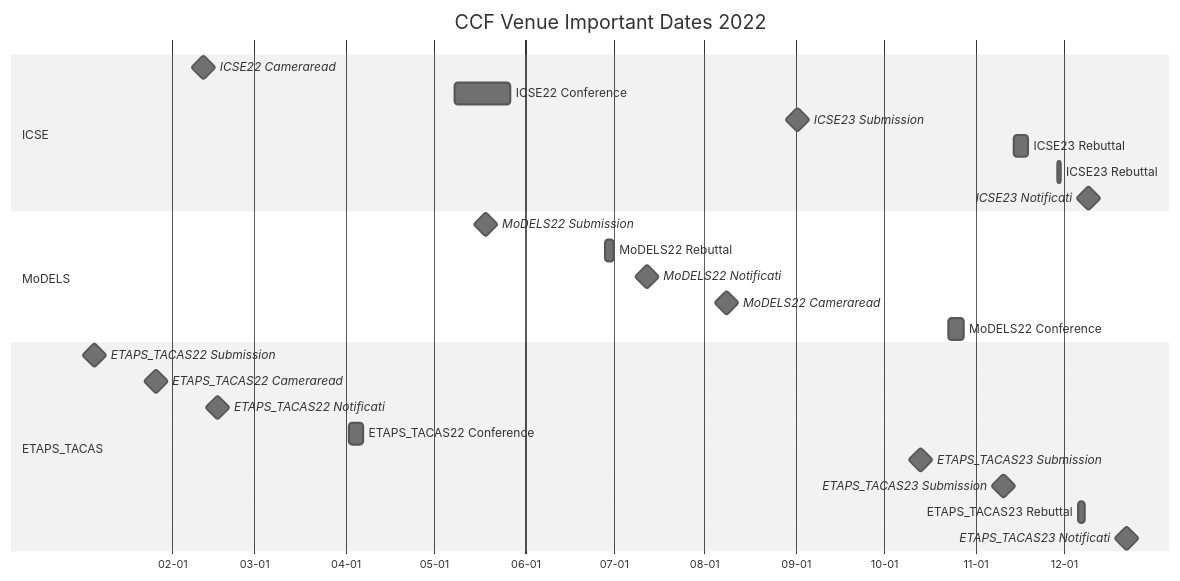
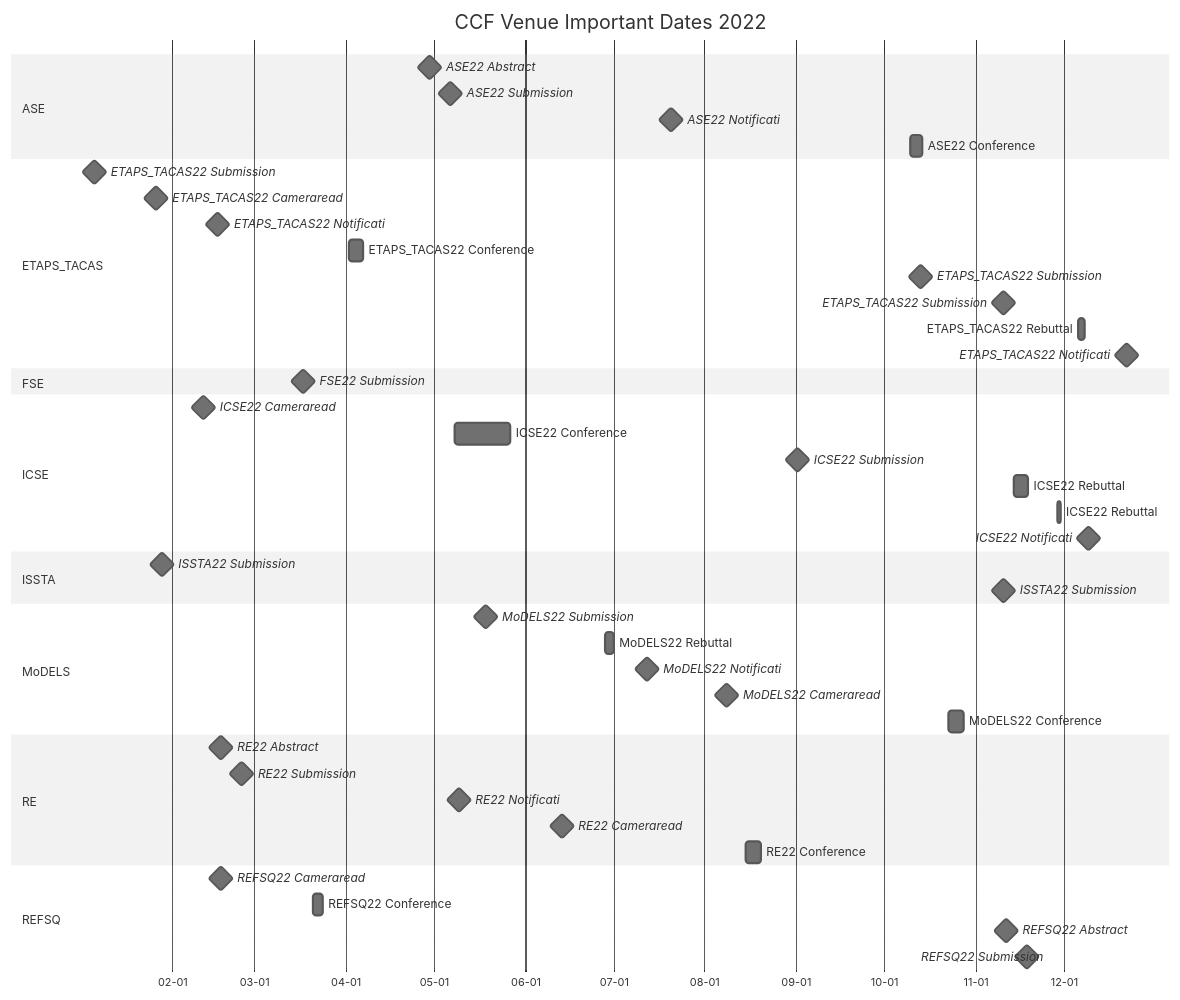
The seventh of 9 diagrams in ccf_venues/TIMELINE.md (HansBug/research_ideas), drawn with Mermaid (neutral theme) before and after one commit. The commit also changed other lines of this file and 42 other files, not shown here.

````diff
--- a/ccf_venues/TIMELINE.md
+++ b/ccf_venues/TIMELINE.md
@@ -480,32 +692,58 @@
 ```mermaid
 gantt
   title CCF Venue Important Dates 2022
   dateFormat YYYY-MM-DD
   axisFormat %m-%d
 
+  section ASE
+  ASE22 Abstract :milestone, ase_2022_1_20220429, 2022-04-29, 1d
+  ASE22 Submission :milestone, ase_2022_2_20220506, 2022-05-06, 1d
+  ASE22 Notificati :milestone, ase_2022_3_20220720, 2022-07-20, 1d
+  ASE22 Conference :ase_2022_4_20221010, 2022-10-10, 2022-10-14
+
+  section ETAPS_TACAS
+  ETAPS_TACAS22 Submission :milestone, etaps_tacas_2022_1_20220105, 2022-01-05, 1d
+  ETAPS_TACAS22 Cameraread :milestone, etaps_tacas_2022_2_20220126, 2022-01-26, 1d
+  ETAPS_TACAS22 Notificati :milestone, etaps_tacas_2022_3_20220216, 2022-02-16, 1d
+  ETAPS_TACAS22 Conference :etaps_tacas_2022_4_20220402, 2022-04-02, 2022-04-07
+  ETAPS_TACAS22 Submission :milestone, etaps_tacas_2022_5_20221013, 2022-10-13, 1d
+  ETAPS_TACAS22 Submission :milestone, etaps_tacas_2022_6_20221110, 2022-11-10, 1d
+  ETAPS_TACAS22 Rebuttal :etaps_tacas_2022_7_20221206, 2022-12-06, 2022-12-08
+  ETAPS_TACAS22 Notificati :milestone, etaps_tacas_2022_8_20221222, 2022-12-22, 1d
+
+  section FSE
+  FSE22 Submission :milestone, fse_2022_1_20220317, 2022-03-17, 1d
+
   section ICSE
-  ICSE22 Cameraread :milestone, icse2022_1_20220211, 2022-02-11, 1d
-  ICSE22 Conference :icse2022_2_20220508, 2022-05-08, 2022-05-27
-  ICSE23 Submission :milestone, icse2023_3_20220901, 2022-09-01, 1d
-  ICSE23 Rebuttal :icse2023_4_20221114, 2022-11-14, 2022-11-19
-  ICSE23 Rebuttal :icse2023_5_20221129, 2022-11-29, 2022-11-30
-  ICSE23 Notificati :milestone, icse2023_6_20221209, 2022-12-09, 1d
+  ICSE22 Cameraread :milestone, icse_2022_1_20220211, 2022-02-11, 1d
+  ICSE22 Conference :icse_2022_2_20220508, 2022-05-08, 2022-05-27
+  ICSE22 Submission :milestone, icse_2022_3_20220901, 2022-09-01, 1d
+  ICSE22 Rebuttal :icse_2022_4_20221114, 2022-11-14, 2022-11-19
+  ICSE22 Rebuttal :icse_2022_5_20221129, 2022-11-29, 2022-11-30
+  ICSE22 Notificati :milestone, icse_2022_6_20221209, 2022-12-09, 1d
+
+  section ISSTA
+  ISSTA22 Submission :milestone, issta_2022_1_20220128, 2022-01-28, 1d
+  ISSTA22 Submission :milestone, issta_2022_2_20221110, 2022-11-10, 1d
 
   section MoDELS
-  MoDELS22 Submission :milestone, models2022_1_20220518, 2022-05-18, 1d
-  MoDELS22 Rebuttal :models2022_2_20220628, 2022-06-28, 2022-07-01
-  MoDELS22 Notificati :milestone, models2022_3_20220712, 2022-07-12, 1d
-  MoDELS22 Cameraread :milestone, models2022_4_20220808, 2022-08-08, 1d
-  MoDELS22 Conference :models2022_5_20221023, 2022-10-23, 2022-10-28
+  MoDELS22 Submission :milestone, models_2022_1_20220518, 2022-05-18, 1d
+  MoDELS22 Rebuttal :models_2022_2_20220628, 2022-06-28, 2022-07-01
+  MoDELS22 Notificati :milestone, models_2022_3_20220712, 2022-07-12, 1d
+  MoDELS22 Cameraread :milestone, models_2022_4_20220808, 2022-08-08, 1d
+  MoDELS22 Conference :models_2022_5_20221023, 2022-10-23, 2022-10-28
 
-  section ETAPS_TACAS
-  ETAPS_TACAS22 Submission :milestone, etaps2022_1_20220105, 2022-01-05, 1d
-  ETAPS_TACAS22 Cameraread :milestone, etaps2022_2_20220126, 2022-01-26, 1d
-  ETAPS_TACAS22 Notificati :milestone, etaps2022_3_20220216, 2022-02-16, 1d
-  ETAPS_TACAS22 Conference :etaps2022_4_20220402, 2022-04-02, 2022-04-07
-  ETAPS_TACAS23 Submission :milestone, etaps2023_5_20221013, 2022-10-13, 1d
-  ETAPS_TACAS23 Submission :milestone, etaps2023_6_20221110, 2022-11-10, 1d
-  ETAPS_TACAS23 Rebuttal :etaps2023_7_20221206, 2022-12-06, 2022-12-08
-  ETAPS_TACAS23 Notificati :milestone, etaps2023_8_20221222, 2022-12-22, 1d
+  section RE
+  RE22 Abstract :milestone, re_2022_1_20220217, 2022-02-17, 1d
+  RE22 Submission :milestone, re_2022_2_20220224, 2022-02-24, 1d
+  RE22 Notificati :milestone, re_2022_3_20220509, 2022-05-09, 1d
+  RE22 Cameraread :milestone, re_2022_4_20220613, 2022-06-13, 1d
+  RE22 Conference :re_2022_5_20220815, 2022-08-15, 2022-08-20
+
+  section REFSQ
+  REFSQ22 Cameraread :milestone, refsq_2022_1_20220217, 2022-02-17, 1d
+  REFSQ22 Conference :refsq_2022_2_20220321, 2022-03-21, 2022-03-24
+  REFSQ22 Abstract :milestone, refsq_2022_3_20221111, 2022-11-11, 1d
+  REFSQ22 Submission :milestone, refsq_2022_4_20221118, 2022-11-18, 1d
 
 ```
````
